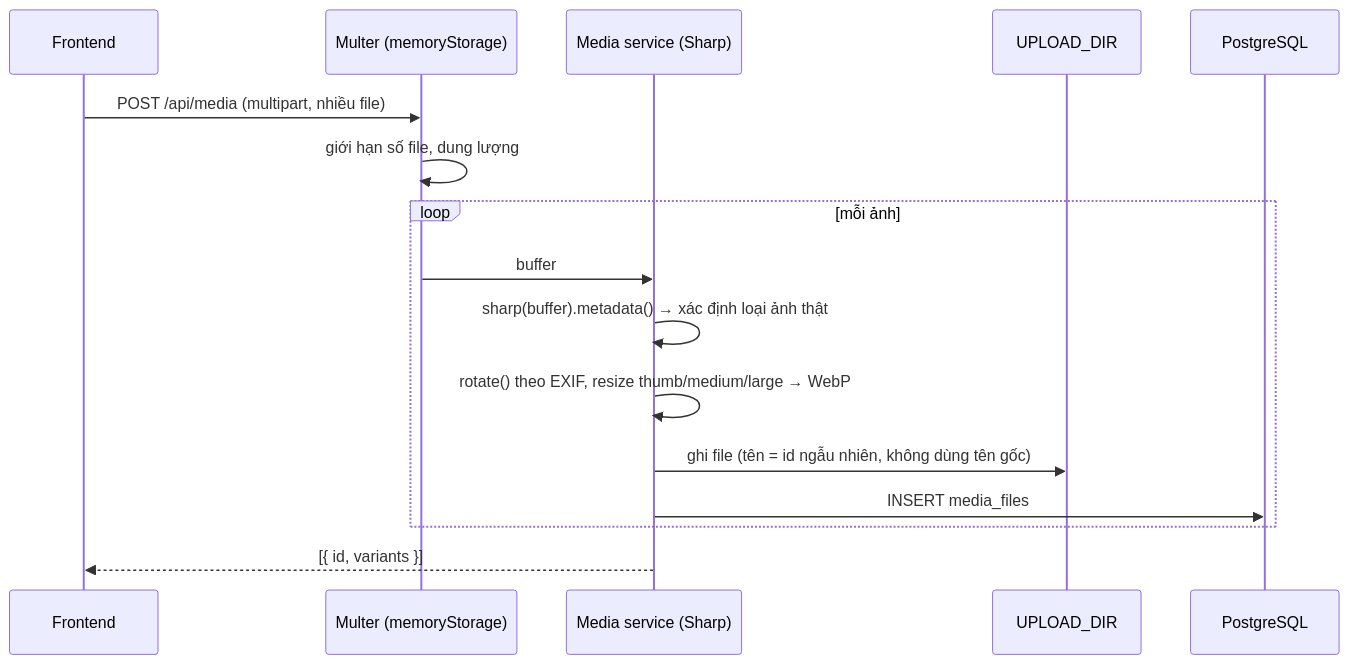
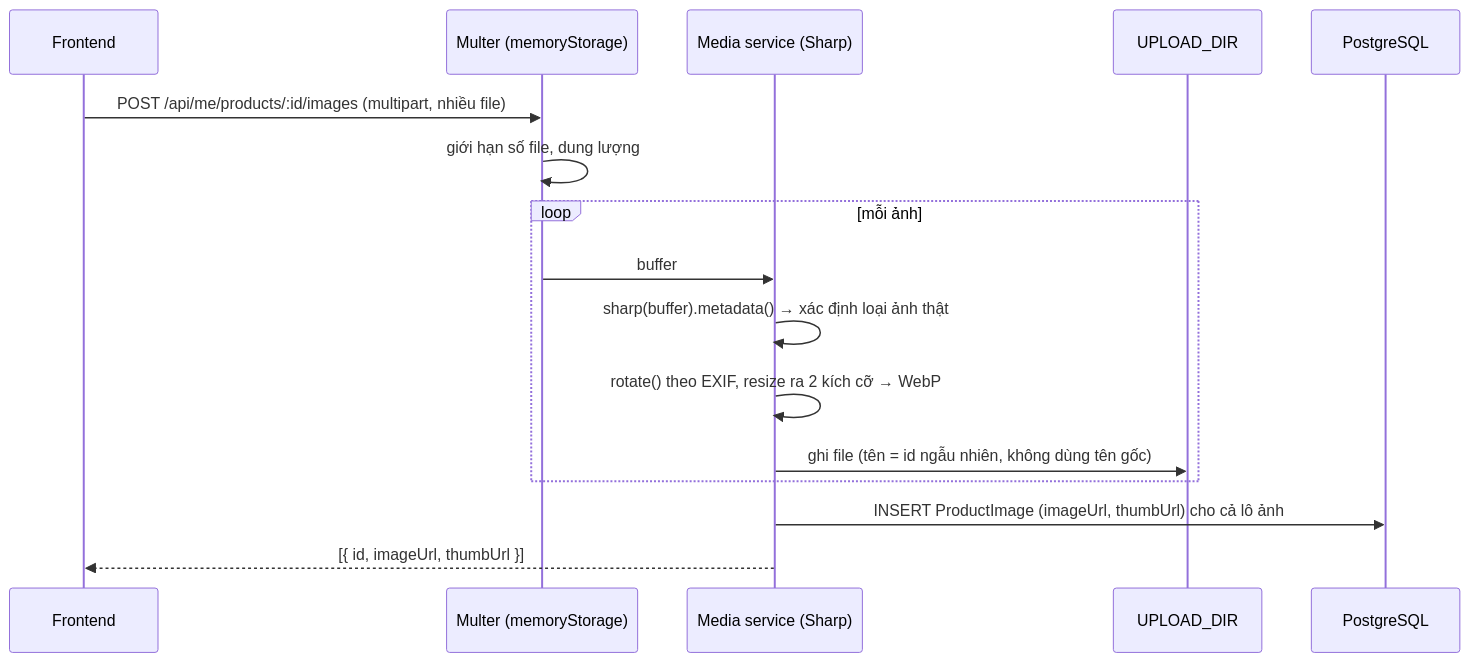
The second of 3 diagrams in docs/02-architecture.md (LeVietAn-gli/vCraft), drawn with Mermaid before and after one commit. The commit also changed other lines of this file and 1 other file, not shown here.

````diff
--- a/docs/02-architecture.md
+++ b/docs/02-architecture.md
@@ -202,19 +202,19 @@
 ```mermaid
 sequenceDiagram
     participant FE as Frontend
     participant M as Multer (memoryStorage)
     participant S as Media service (Sharp)
     participant FS as UPLOAD_DIR
     participant DB as PostgreSQL
 
-    FE->>M: POST /api/media (multipart, nhiều file)
+    FE->>M: POST /api/me/products/:id/images (multipart, nhiều file)
     M->>M: giới hạn số file, dung lượng
     loop mỗi ảnh
         M->>S: buffer
         S->>S: sharp(buffer).metadata() → xác định loại ảnh thật
-        S->>S: rotate() theo EXIF, resize thumb/medium/large → WebP
+        S->>S: rotate() theo EXIF, resize ra 2 kích cỡ → WebP
         S->>FS: ghi file (tên = id ngẫu nhiên, không dùng tên gốc)
-        S->>DB: INSERT media_files
     end
-    S-->>FE: [{ id, variants }]
+    S->>DB: INSERT ProductImage (imageUrl, thumbUrl) cho cả lô ảnh
+    S-->>FE: [{ id, imageUrl, thumbUrl }]
 ```
````
